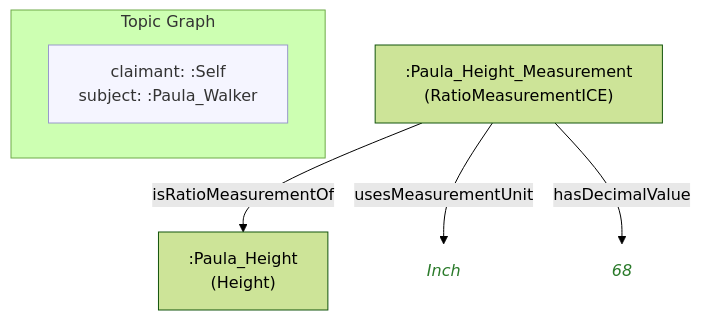
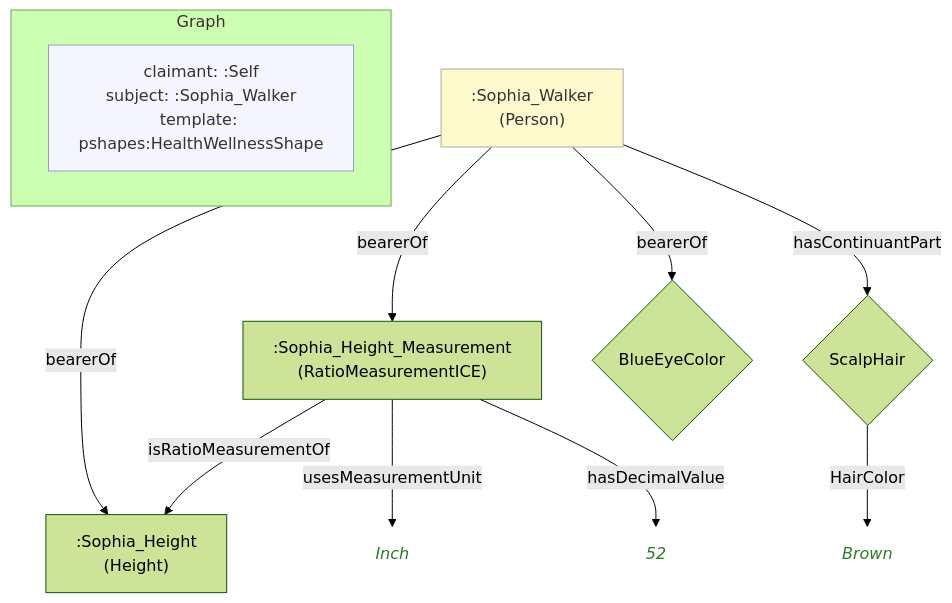
Before and after one commit to MeeFoundation/mia-ontologies: the diagram in example/graphs/images/graph-17.mmd, drawn with Mermaid (forest theme). The commit also changed 114 other files, not shown here.

```diff
--- a/example/graphs/images/graph-17.mmd
+++ b/example/graphs/images/graph-17.mmd
@@ -1,20 +1,28 @@
 flowchart TD
     classDef person fill:#fffacd,stroke:#aaa,color:#333
-    classDef grp    fill:#d4edda,stroke:#aaa,color:#333
     classDef org    fill:#cce5ff,stroke:#aaa,color:#333
     classDef lit    fill:none,stroke:none,font-style:italic,color:#2a7a2a
     classDef meta   fill:#f5f5ff,stroke:#9999cc,color:#333
 
-    subgraph ctx["Topic Graph"]
+    subgraph ctx["Graph"]
         direction LR
-        ctx_meta["claimant: :Self\nsubject: :Paula_Walker"]:::meta
+        ctx_meta["claimant: :Self\nsubject: :Sophia_Walker\ntemplate: pshapes:HealthWellnessShape"]:::meta
     end
 
-    nc36fed847485[":Paula_Height\n(Height)"]
-    n1f7e6a8b4a05[":Paula_Height_Measurement\n(RatioMeasurementICE)"]
-    n2e775ee70f4a("Inch"):::lit
-    n5e7c1b310699("68"):::lit
+    nc2b33ffe0c84[":Sophia_Height\n(Height)"]
+    n82d3b4cd3934[":Sophia_Height_Measurement\n(RatioMeasurementICE)"]
+    n92798e8f15b9("Inch"):::lit
+    nfda21726ea9a("52"):::lit
+    n2862909bb09a[":Sophia_Walker\n(Person)"]:::person
+    n5f39c384e95e{"BlueEyeColor"}
+    n832ef9734204{"ScalpHair"}
+    na8a423e9923a("Brown"):::lit
 
-    n1f7e6a8b4a05 -->|"isRatioMeasurementOf"| nc36fed847485
-    n1f7e6a8b4a05 -->|"usesMeasurementUnit"| n2e775ee70f4a
-    n1f7e6a8b4a05 -->|"hasDecimalValue"| n5e7c1b310699
+    n82d3b4cd3934 -->|"isRatioMeasurementOf"| nc2b33ffe0c84
+    n82d3b4cd3934 -->|"usesMeasurementUnit"| n92798e8f15b9
+    n82d3b4cd3934 -->|"hasDecimalValue"| nfda21726ea9a
+    n2862909bb09a -->|"bearerOf"| nc2b33ffe0c84
+    n2862909bb09a -->|"bearerOf"| n82d3b4cd3934
+    n2862909bb09a -->|"bearerOf"| n5f39c384e95e
+    n2862909bb09a -->|"hasContinuantPart"| n832ef9734204
+    n832ef9734204 -->|"HairColor"| na8a423e9923a
```
